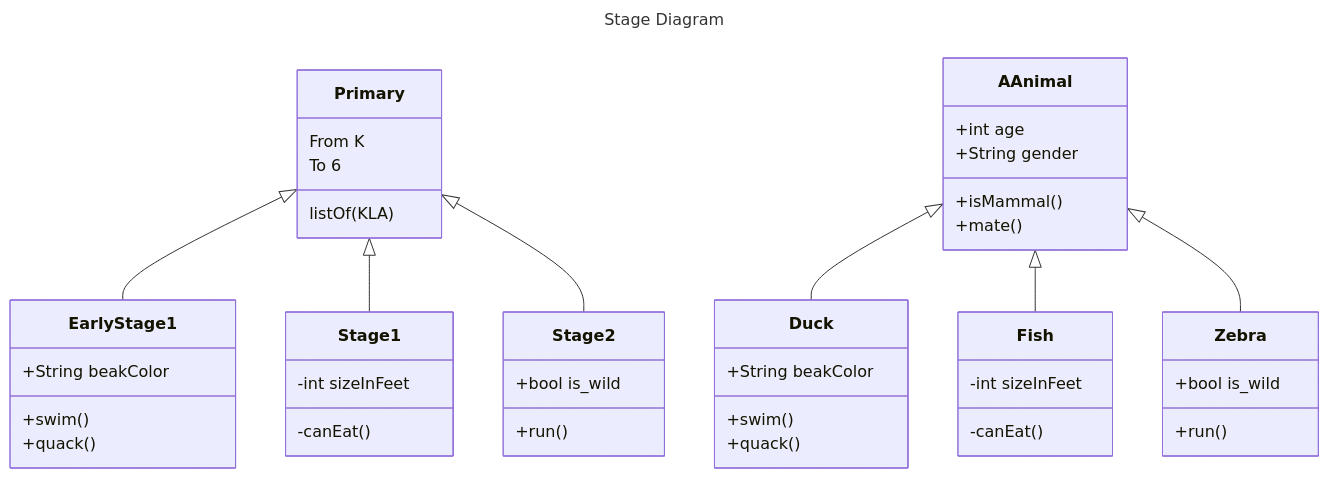
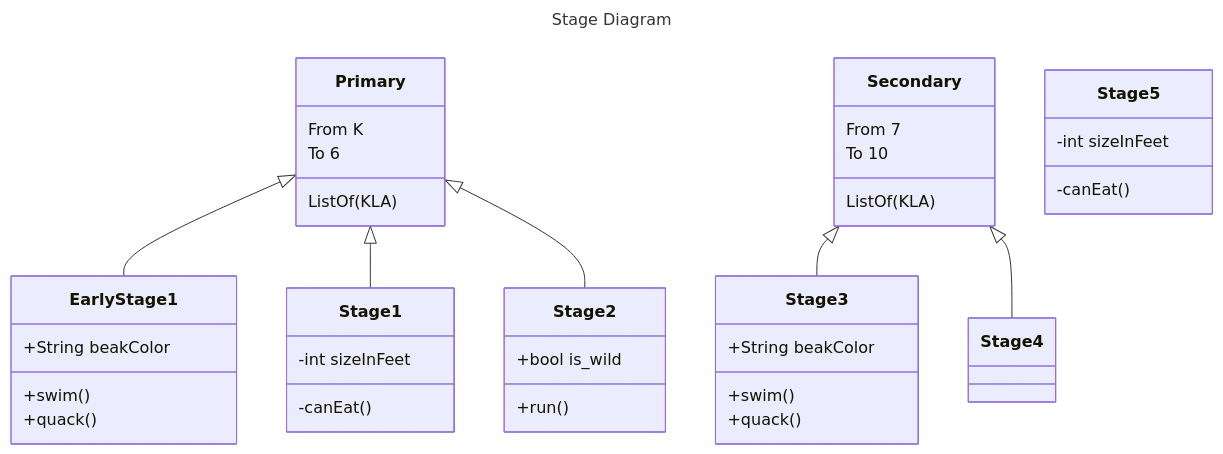
The diagram in README.md (librelab/gurukul), drawn with Mermaid before and after one commit.

````diff
--- a/README.md
+++ b/README.md
@@ -55,45 +55,39 @@
 ```mermaid
 ---
 title: Stage Diagram
 ---
 classDiagram
     Primary <|-- Early Stage1
     Primary <|-- Stage1
     Primary <|-- Stage2
     Primary : From K
     Primary : To 6
-    Primary: listOf(KLA)
+    Primary: ListOf(KLA)
     class Early Stage1{
       +String beakColor
       +swim()
       +quack()
     }
     class Stage1{
       -int sizeInFeet
       -canEat()
     }
     class Stage2{
       +bool is_wild
       +run()
     }	
-	AAnimal <|-- Duck
-    AAnimal <|-- Fish
-    AAnimal <|-- Zebra
-    AAnimal : +int age
-    AAnimal : +String gender
-    AAnimal: +isMammal()
-    AAnimal: +mate()
-    class Duck{
+	Secondary <|-- Stage3
+    Secondary <|-- Stage4
+    Secondary : From 7
+    Secondary : To 10
+    Secondary: ListOf(KLA)
+    class Stage3{
       +String beakColor
       +swim()
       +quack()
     }
-    class Fish{
+    class Stage5{
       -int sizeInFeet
       -canEat()
     }
-    class Zebra{
-      +bool is_wild
-      +run()
-    }
 ```
````
